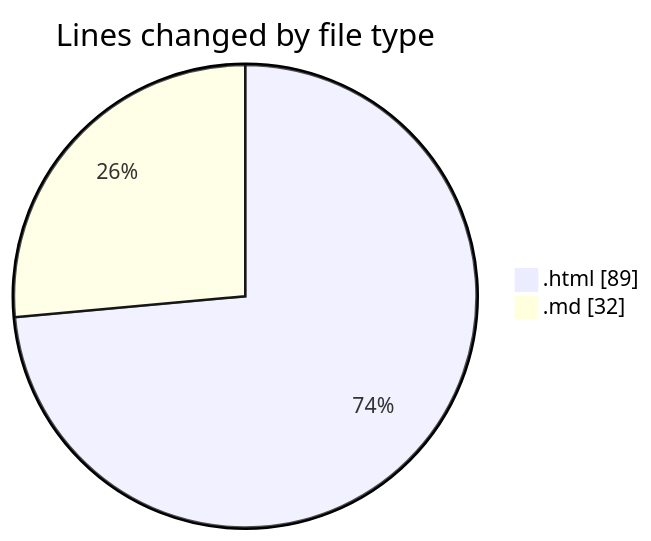
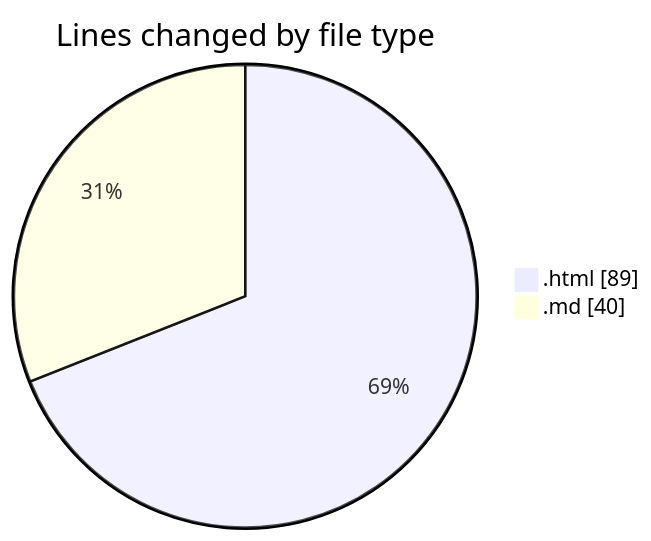
One commit to Ritupan-Deka/code-tracking changed the first of 2 diagrams in 2025-07-04/urlwebwala_intership_work/README.md. Above: the diagram before and after it, drawn with Mermaid. The commit also changed other lines of this file and 1 other file, not shown here.

````diff
--- a/2025-07-04/urlwebwala_intership_work/README.md
+++ b/2025-07-04/urlwebwala_intership_work/README.md
@@ -21,6 +21,6 @@
 ```mermaid
 pie showData
 title Lines changed by file type
 ".html" : 89
-".md" : 32
+".md" : 40
 ```
````
